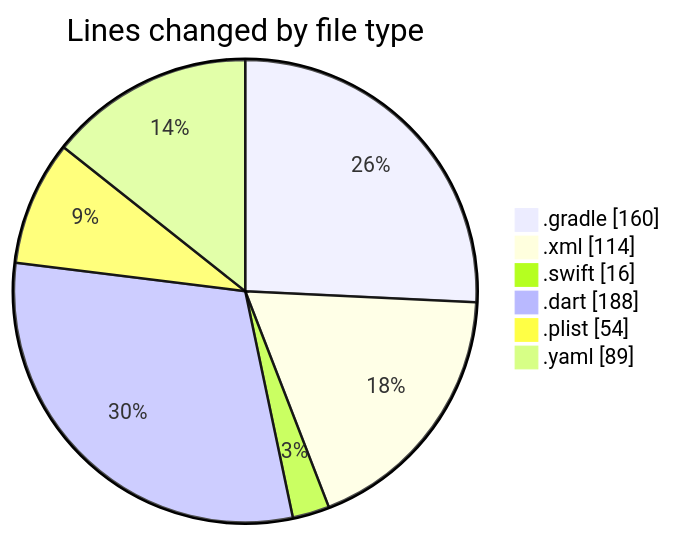
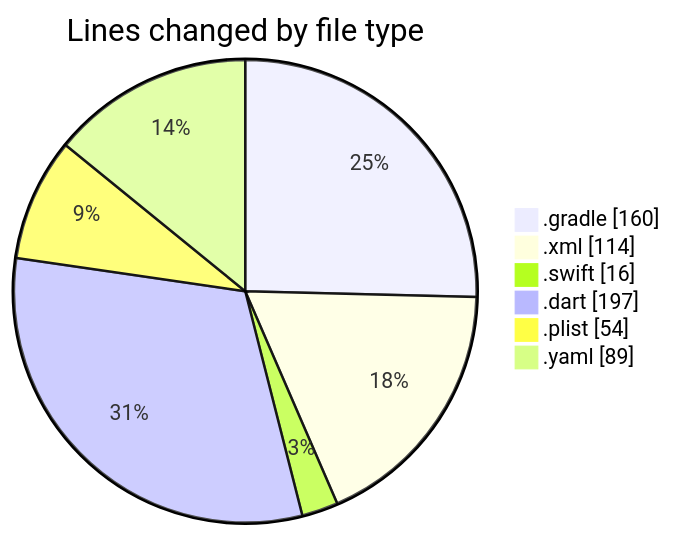
One commit to donsfak/code-tracking changed the first of 2 diagrams in 2025-01-01/uber_clone/README.md. Above: the diagram before and after it, drawn with Mermaid. The commit also changed other lines of this file and 1 other file, not shown here.

````diff
--- a/2025-01-01/uber_clone/README.md
+++ b/2025-01-01/uber_clone/README.md
@@ -28,10 +28,10 @@
 ```mermaid
 pie showData
 title Lines changed by file type
 ".gradle" : 160
 ".xml" : 114
 ".swift" : 16
-".dart" : 188
+".dart" : 197
 ".plist" : 54
 ".yaml" : 89
 ```
````
